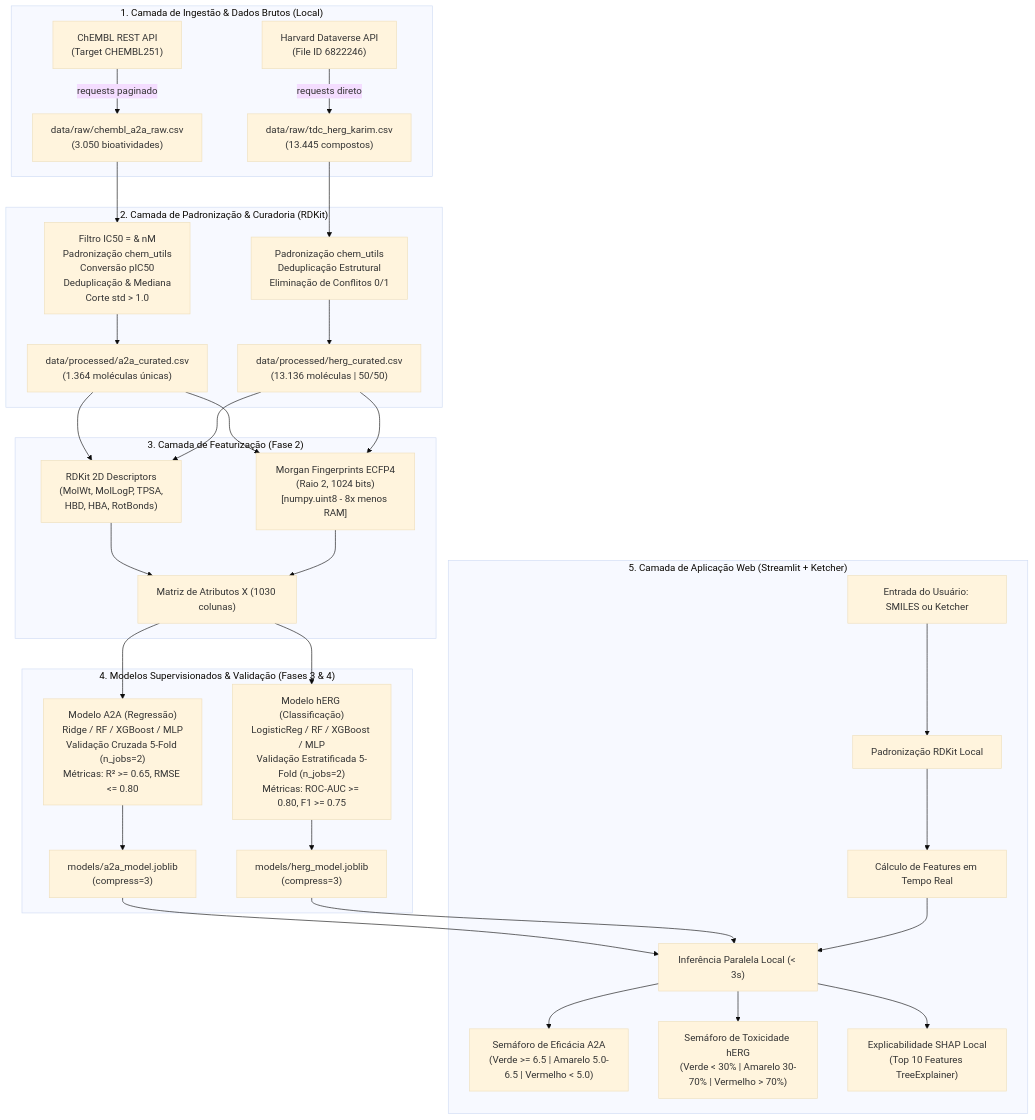
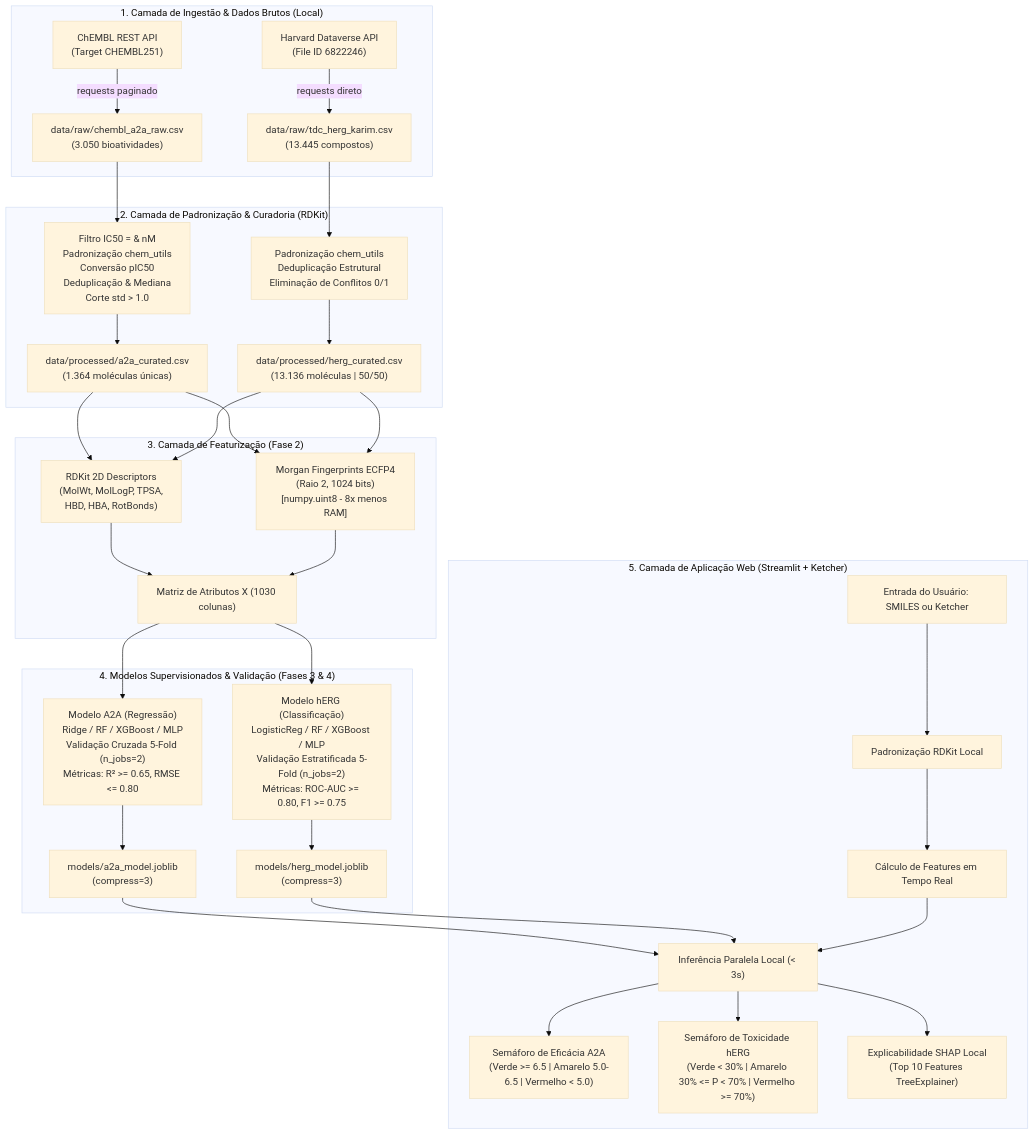
One commit to raphaelpiresdev-ai/BioPredicta changed the second of 3 diagrams in DEVELOPMENT.md. Above: the diagram before and after it, drawn with Mermaid (base theme). The commit also changed other lines of this file and 18 other files, not shown here.

````diff
--- a/DEVELOPMENT.md
+++ b/DEVELOPMENT.md
@@ -547,38 +549,38 @@
 ```mermaid
 flowchart TD
     subgraph DataIngestion ["1. Camada de Ingestão & Dados Brutos (Local)"]
         A1["ChEMBL REST API\n(Target CHEMBL251)"] -->|requests paginado| B1["data/raw/chembl_a2a_raw.csv\n(3.050 bioatividades)"]
         A2["Harvard Dataverse API\n(File ID 6822246)"] -->|requests direto| B2["data/raw/tdc_herg_karim.csv\n(13.445 compostos)"]
     end
 
     subgraph CurationLayer ["2. Camada de Padronização & Curadoria (RDKit)"]
         B1 --> C1["Filtro IC50 = & nM\nPadronização chem_utils\nConversão pIC50\nDeduplicação & Mediana\nCorte std > 1.0"]
         C1 --> D1["data/processed/a2a_curated.csv\n(1.364 moléculas únicas)"]
         
         B2 --> C2["Padronização chem_utils\nDeduplicação Estrutural\nEliminação de Conflitos 0/1"]
         C2 --> D2["data/processed/herg_curated.csv\n(13.136 moléculas | 50/50)"]
     end
 
     subgraph Featurization ["3. Camada de Featurização (Fase 2)"]
         D1 & D2 --> E1["RDKit 2D Descriptors\n(MolWt, MolLogP, TPSA,\nHBD, HBA, RotBonds)"]
         D1 & D2 --> E2["Morgan Fingerprints ECFP4\n(Raio 2, 1024 bits)\n[numpy.uint8 - 8x menos RAM]"]
         E1 & E2 --> E3["Matriz de Atributos X (1030 colunas)"]
     end
 
     subgraph ModelingLayer ["4. Modelos Supervisionados & Validação (Fases 3 & 4)"]
         E3 --> F1["Modelo A2A (Regressão)\nRidge / RF / XGBoost / MLP\nValidação Cruzada 5-Fold (n_jobs=2)\nMétricas: R² >= 0.65, RMSE <= 0.80"]
         E3 --> F2["Modelo hERG (Classificação)\nLogisticReg / RF / XGBoost / MLP\nValidação Estratificada 5-Fold (n_jobs=2)\nMétricas: ROC-AUC >= 0.80, F1 >= 0.75"]
         F1 --> G1["models/a2a_model.joblib\n(compress=3)"]
         F2 --> G2["models/herg_model.joblib\n(compress=3)"]
     end
 
     subgraph AppLayer ["5. Camada de Aplicação Web (Streamlit + Ketcher)"]
         H1["Entrada do Usuário: SMILES ou Ketcher"] --> H2["Padronização RDKit Local"]
         H2 --> H3["Cálculo de Features em Tempo Real"]
         G1 & G2 --> H4["Inferência Paralela Local (< 3s)"]
         H3 --> H4
         H4 --> I1["Semáforo de Eficácia A2A\n(Verde >= 6.5 | Amarelo 5.0-6.5 | Vermelho < 5.0)"]
-        H4 --> I2["Semáforo de Toxicidade hERG\n(Verde < 30% | Amarelo 30-70% | Vermelho > 70%)"]
+        H4 --> I2["Semáforo de Toxicidade hERG\n(Verde < 30% | Amarelo 30% <= P < 70% | Vermelho >= 70%)"]
         H4 --> I3["Explicabilidade SHAP Local\n(Top 10 Features TreeExplainer)"]
     end
 ```
````
